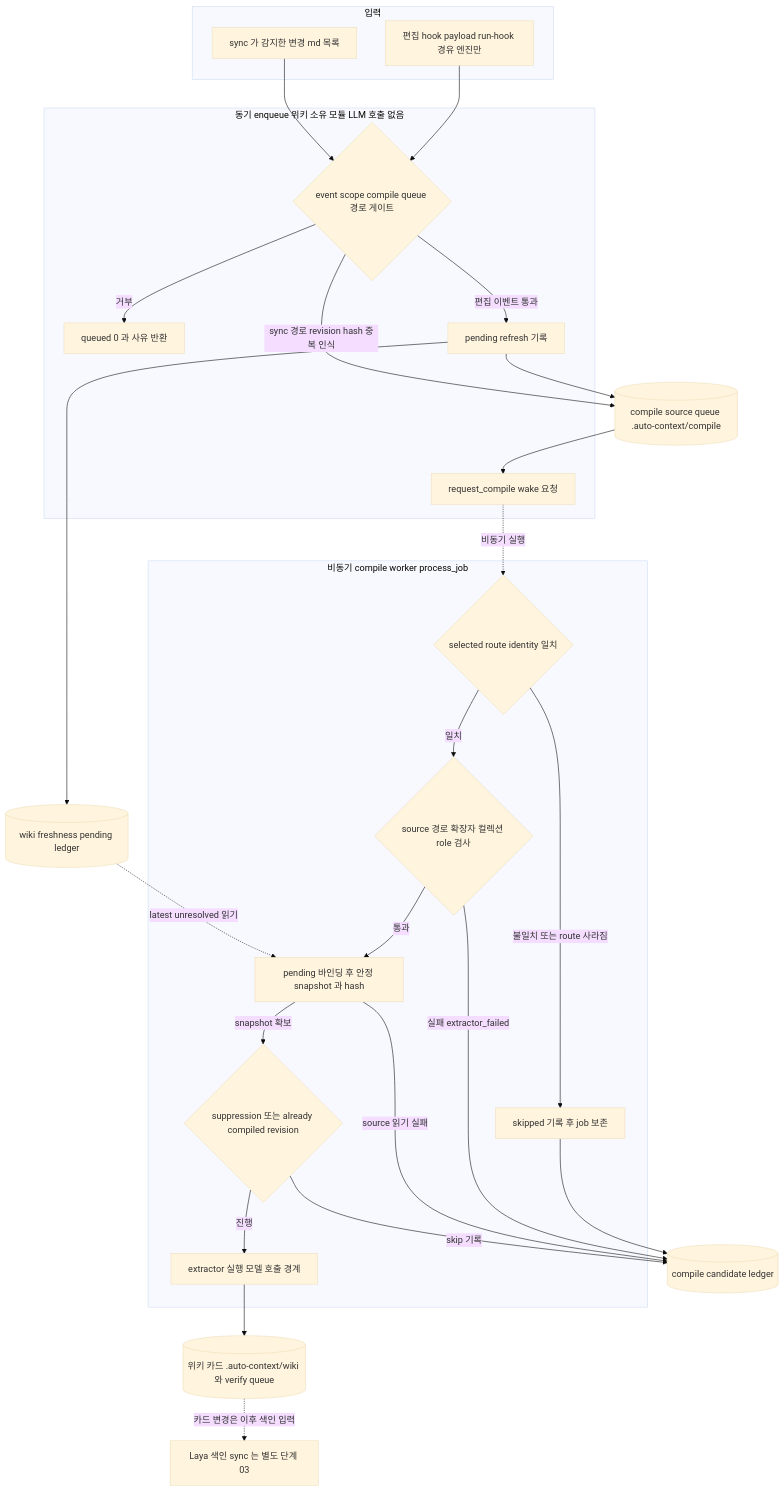
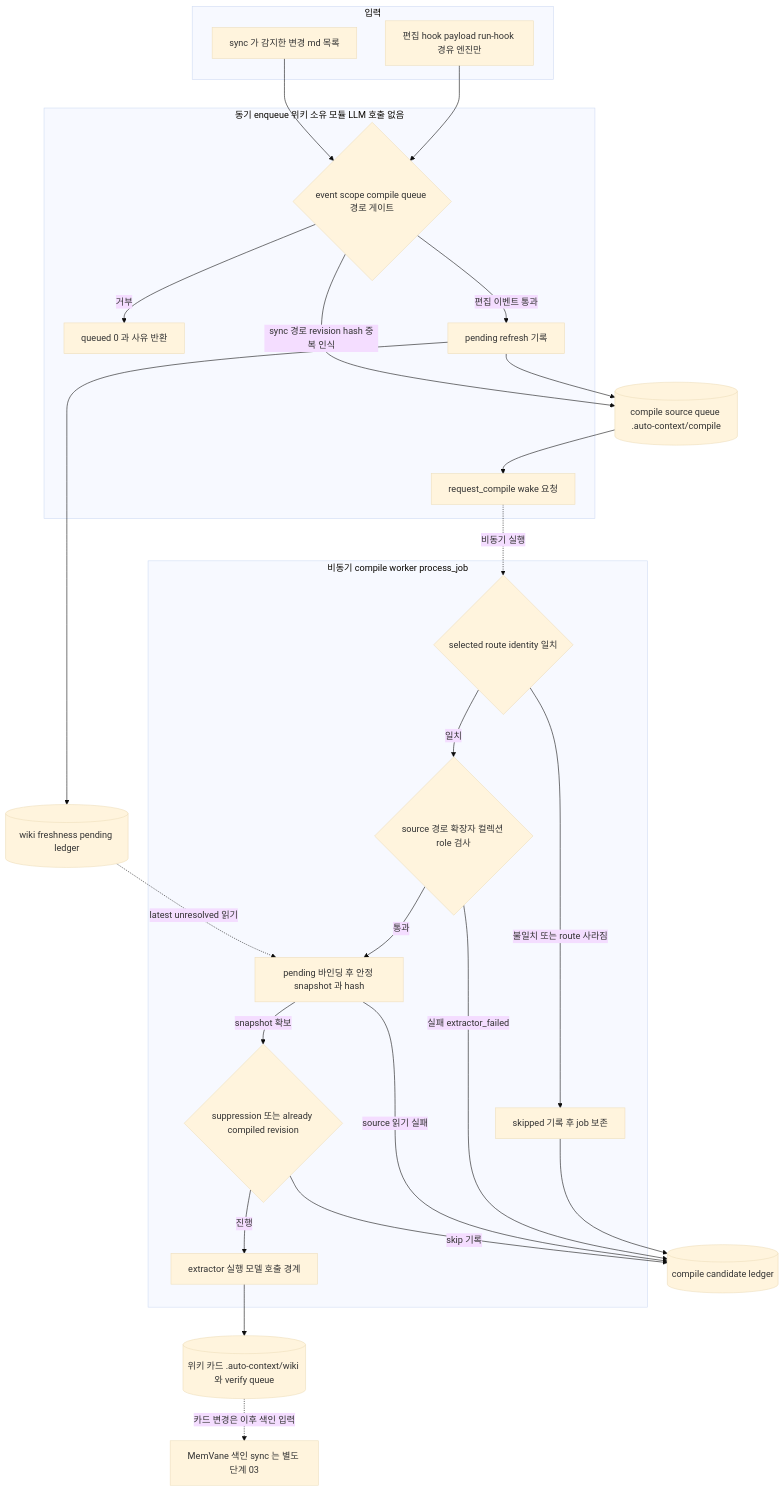
One commit to zbdulee/memvane changed the diagram in docs/architecture/flows/02-source-to-wiki.md. Above: the diagram before and after it, drawn with Mermaid (base theme). The commit also changed other lines of this file and 105 other files, not shown here.

First line of the commit message:
MemVane 이름으로 플러그인 정체성과 사용자 문구를 바꾼다 (0.41.0)

````diff
--- a/docs/architecture/flows/02-source-to-wiki.md
+++ b/docs/architecture/flows/02-source-to-wiki.md
@@ -12,48 +12,48 @@
 ```mermaid
 flowchart TD
   subgraph IN["입력"]
     PT["편집 hook payload run-hook 경유 엔진만"]
     SY["sync 가 감지한 변경 md 목록"]
   end
   subgraph ENQ["동기 enqueue 위키 소유 모듈 LLM 호출 없음"]
     GT{"event scope compile queue 경로 게이트"}
     NQ["queued 0 과 사유 반환"]
     PR["pending refresh 기록"]
     WK["request_compile wake 요청"]
   end
   SQ[("compile source queue .auto-context/compile")]
   PLG[("wiki freshness pending ledger")]
   subgraph WRK["비동기 compile worker process_job"]
     RI{"selected route identity 일치"}
     KP["skipped 기록 후 job 보존"]
     SC{"source 경로 확장자 컬렉션 role 검사"}
     SN["pending 바인딩 후 안정 snapshot 과 hash"]
     CG{"suppression 또는 already compiled revision"}
     EX["extractor 실행 모델 호출 경계"]
   end
   CL[("compile candidate ledger")]
   WC[("위키 카드 .auto-context/wiki 와 verify queue")]
-  NX["Laya 색인 sync 는 별도 단계 03"]
+  NX["MemVane 색인 sync 는 별도 단계 03"]
 
   PT --> GT
   SY --> GT
   GT -->|"거부"| NQ
   GT -->|"편집 이벤트 통과"| PR
   PR --> PLG
   PR --> SQ
   GT -->|"sync 경로 revision hash 중복 인식"| SQ
   SQ --> WK
   WK -.->|"비동기 실행"| RI
   RI -->|"불일치 또는 route 사라짐"| KP
   KP --> CL
   RI -->|"일치"| SC
   SC -->|"실패 extractor_failed"| CL
   SC -->|"통과"| SN
   PLG -.->|"latest unresolved 읽기"| SN
   SN -->|"source 읽기 실패"| CL
   SN -->|"snapshot 확보"| CG
   CG -->|"skip 기록"| CL
   CG -->|"진행"| EX
   EX --> WC
   WC -.->|"카드 변경은 이후 색인 입력"| NX
 ```
````
